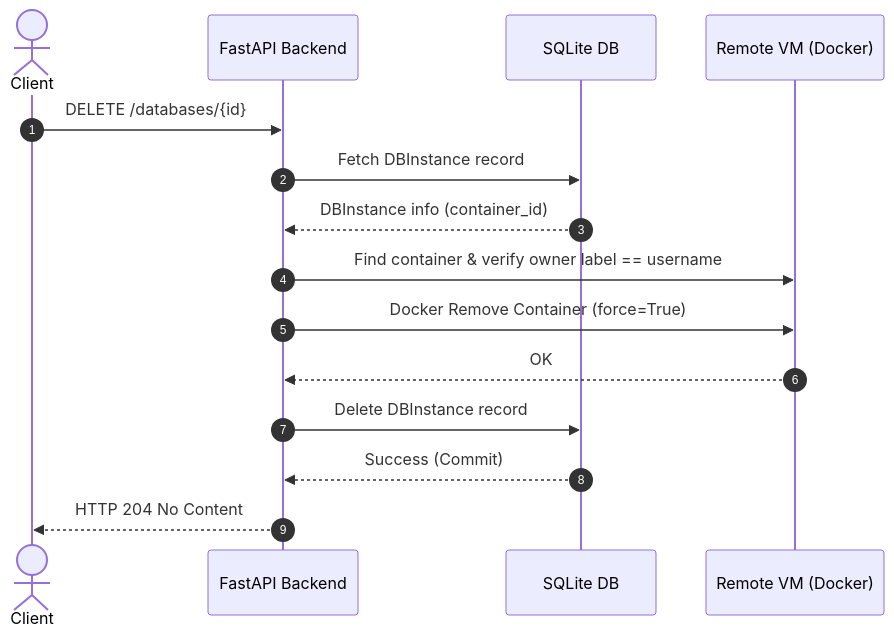
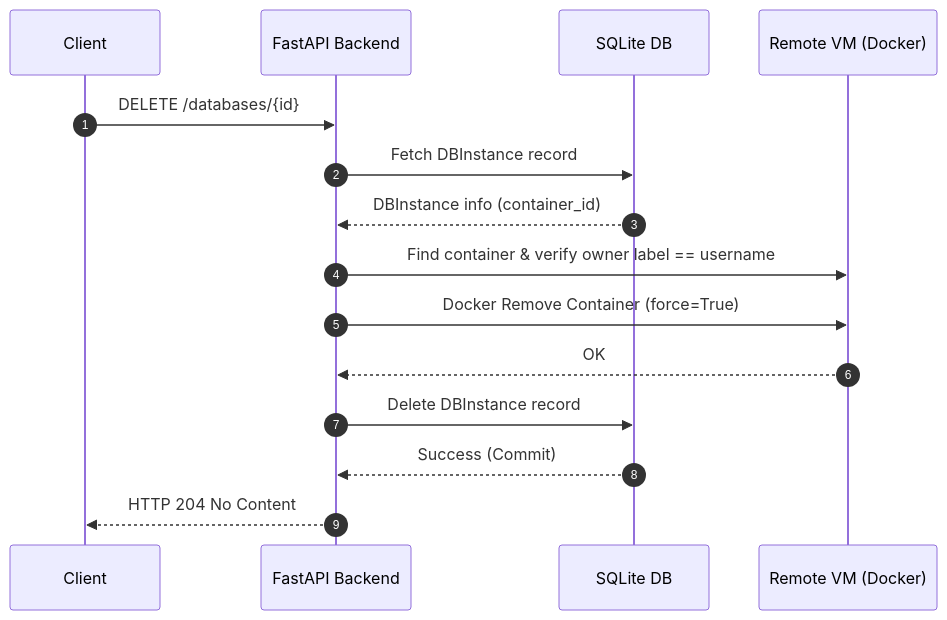
The fourth of 6 diagrams in README_DATABASE.md (afonsofernandess/CloudInfrastructure), drawn with Mermaid before and after one commit. The commit also changed other lines of this file and 4 other files, not shown here.

````diff
--- a/README_DATABASE.md
+++ b/README_DATABASE.md
@@ -122,18 +122,18 @@
 ```mermaid
 sequenceDiagram
-    autonumber
-    actor Client
+    participant Client
     participant API as FastAPI Backend
     participant DB as SQLite DB
     participant VM as Remote VM (Docker)
+    autonumber
 
     Client->>API: DELETE /databases/{id}
     API->>DB: Fetch DBInstance record
     DB-->>API: DBInstance info (container_id)
     API->>VM: Find container & verify owner label == username
     API->>VM: Docker Remove Container (force=True)
     VM-->>API: OK
     API->>DB: Delete DBInstance record
     DB-->>API: Success (Commit)
     API-->>Client: HTTP 204 No Content
 ```
````
